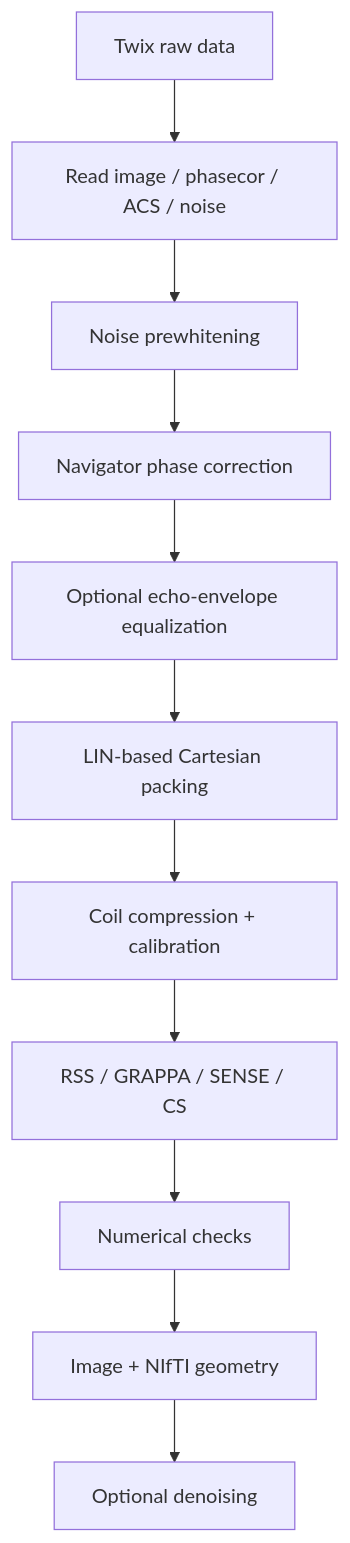
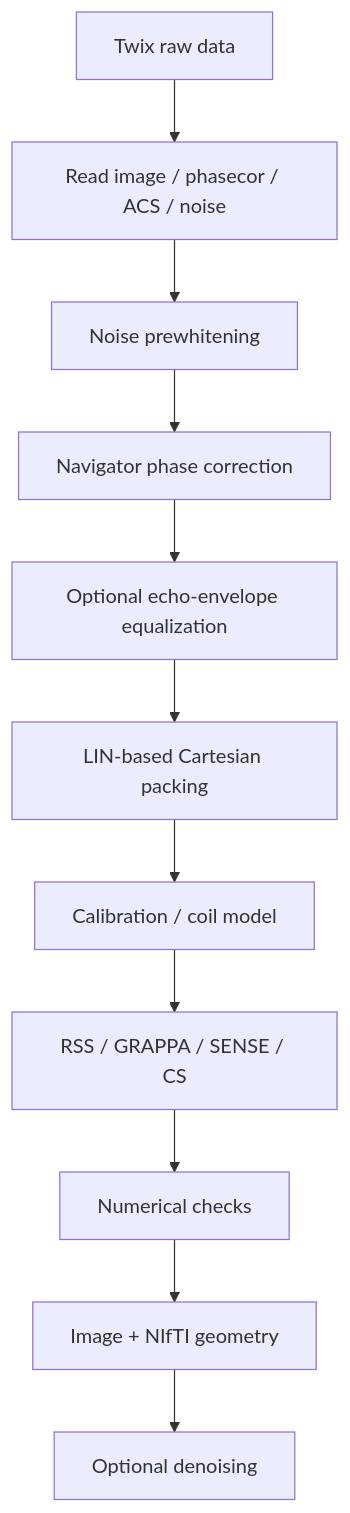
Before and after one commit to BennyZhang-Codes/tse-pulseq-matlab: the diagram in docs/reconstruction.md, drawn with Mermaid. The commit also changed other lines of this file, not shown here.

````diff
--- a/docs/reconstruction.md
+++ b/docs/reconstruction.md
@@ -19,13 +19,13 @@
 ```mermaid
 flowchart TD
     A[Twix raw data] --> B[Read image / phasecor / ACS / noise]
     B --> C[Noise prewhitening]
     C --> D[Navigator phase correction]
     D --> E[Optional echo-envelope equalization]
     E --> F[LIN-based Cartesian packing]
-    F --> G[Coil compression + calibration]
+    F --> G[Calibration / coil model]
     G --> H[RSS / GRAPPA / SENSE / CS]
     H --> I[Numerical checks]
     I --> J[Image + NIfTI geometry]
     J --> K[Optional denoising]
 ```
````
